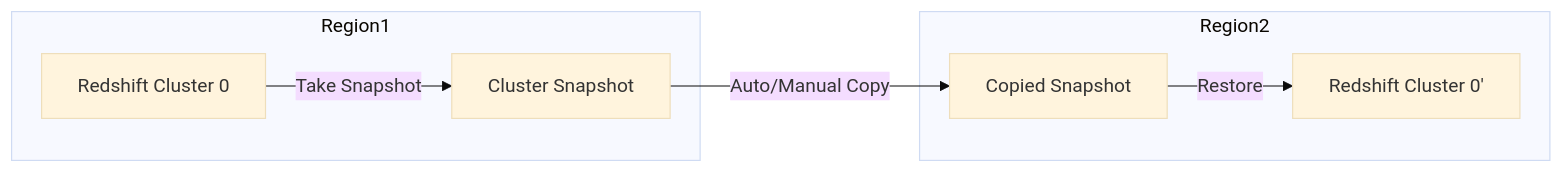
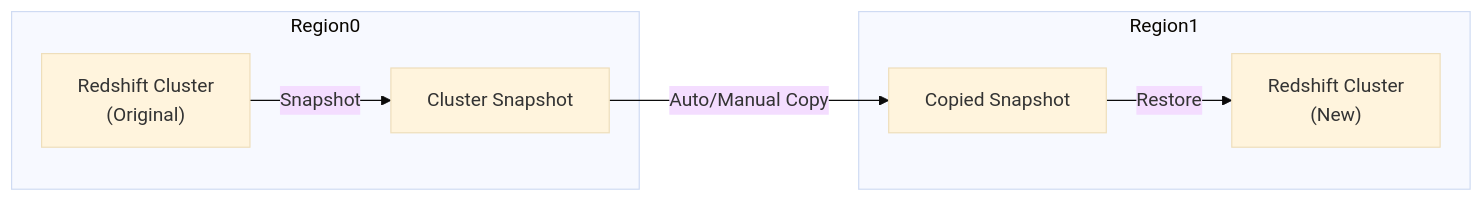
One commit to cool21540125/documentation-notes changed the fourth of 10 diagrams in aws/DatabaseAndStorage.md. Above: the diagram before and after it, drawn with Mermaid (base theme). The commit also changed other lines of this file and 4 other files, not shown here.

````diff
--- a/aws/DatabaseAndStorage.md
+++ b/aws/DatabaseAndStorage.md
@@ -320,18 +327,18 @@
-```mermaid
-flowchart LR;
+        ```mermaid
+        flowchart LR;
 
-rc1["Redshift Cluster 0"];
-rc2["Redshift Cluster 0'"];
-c1["Cluster Snapshot"];
-c2["Copied Snapshot"];
+        rc1["Redshift Cluster \n (Original)"];
+        rc2["Redshift Cluster \n (New)"];
+        c1["Cluster Snapshot"];
+        c2["Copied Snapshot"];
 
-subgraph Region1
-    rc1 -- "Take Snapshot" --> c1;
-end
+        subgraph Region0
+            rc1 -- "Snapshot" --> c1;
+        end
 
-subgraph Region2
-    c2 -- Restore --> rc2;
-end
+        subgraph Region1
+            c2 -- Restore --> rc2;
+        end
 
-c1 -- Auto/Manual Copy --> c2;
-```
+        c1 -- Auto/Manual Copy --> c2;
+        ```
````
